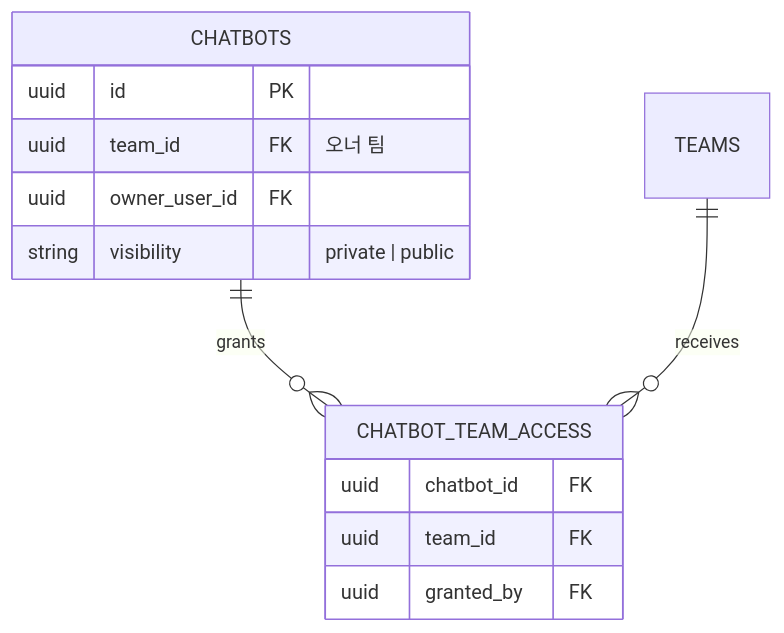
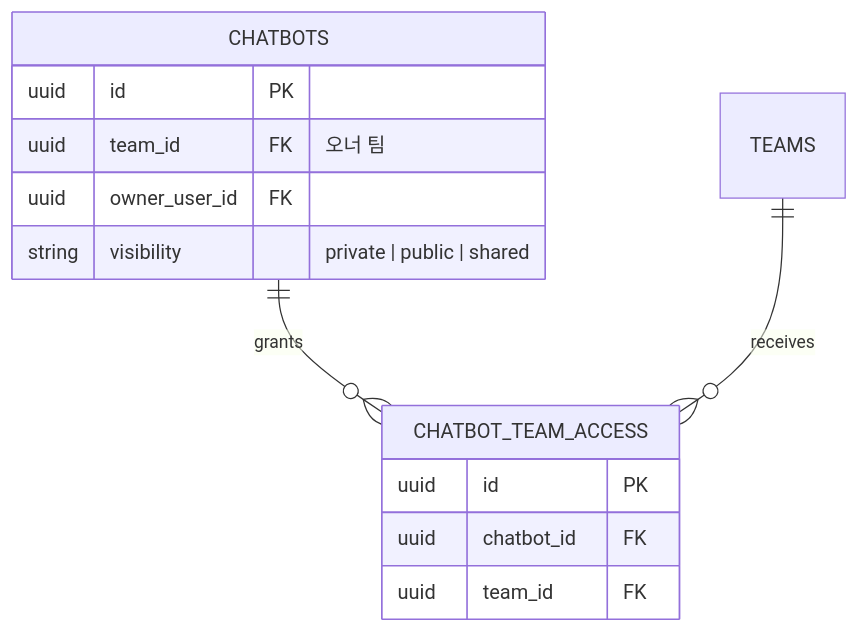
The second of 2 diagrams in docs/chatbot_sharing.md (SinokorOfficial/chatbot-docs), drawn with Mermaid before and after one commit. The commit also changed other lines of this file and 21 other files, not shown here.

````diff
--- a/docs/chatbot_sharing.md
+++ b/docs/chatbot_sharing.md
@@ -60,16 +64,16 @@
 ```mermaid
 erDiagram
  CHATBOTS ||--o{ CHATBOT_TEAM_ACCESS : "grants"
  TEAMS ||--o{ CHATBOT_TEAM_ACCESS : "receives"
  CHATBOTS {
  uuid id PK
  uuid team_id FK "오너 팀"
  uuid owner_user_id FK
- string visibility "private | public"
+ string visibility "private | public | shared"
  }
  CHATBOT_TEAM_ACCESS {
+ uuid id PK
  uuid chatbot_id FK
  uuid team_id FK
- uuid granted_by FK
  }
 ```
````
